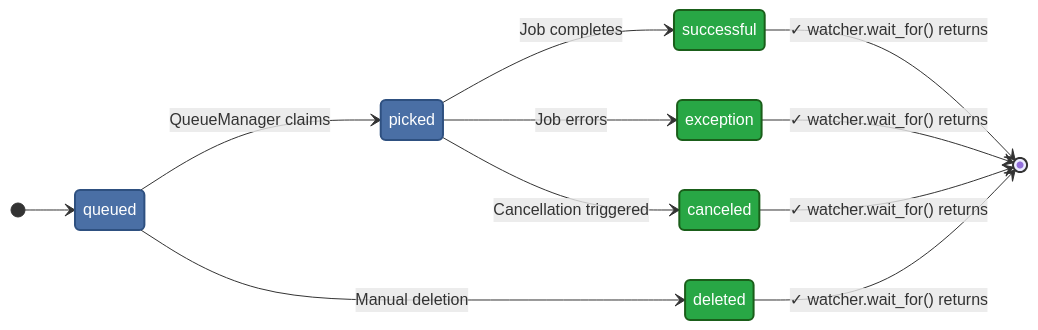
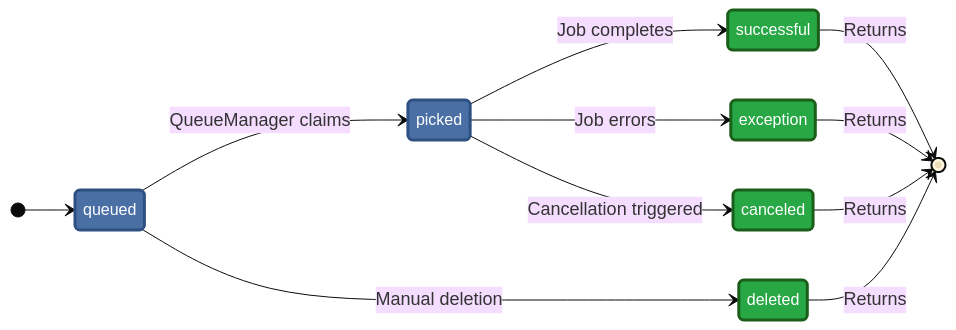
The diagram in docs/guides/completion-tracking.md (janbjorge/pgqueuer), drawn with Mermaid before and after one commit. The commit also changed 2 other files, not shown here.

Commit message:
docs: improve diagram readability with larger fonts and simplified layouts
- Increased font sizes (16-20px) in all Mermaid diagrams
- Simplified QueueManager loop for clarity (removed redundant labels)
- Simplified scheduler flow diagram (cleaner node arrangement)
- Enhanced state diagram styling with thicker strokes
- Added Mermaid init blocks to control typography and spacing

````diff
--- a/docs/guides/completion-tracking.md
+++ b/docs/guides/completion-tracking.md
@@ -27,24 +27,25 @@
 ```mermaid
+%%{init: {'flowchart': {'htmlLabels': true}, 'theme': 'base', 'themeVariables': {'fontSize': '18px', 'fontFamily': 'Inter, sans-serif'}}}%%
 stateDiagram-v2
     direction LR
 
     [*] --> queued
 
     queued --> picked: QueueManager claims
     picked --> successful: Job completes
     picked --> exception: Job errors
     picked --> canceled: Cancellation triggered
     queued --> deleted: Manual deletion
 
-    successful --> [*]: ✓ watcher.wait_for() returns
-    exception --> [*]: ✓ watcher.wait_for() returns
-    canceled --> [*]: ✓ watcher.wait_for() returns
-    deleted --> [*]: ✓ watcher.wait_for() returns
+    successful --> [*]: Returns
+    exception --> [*]: Returns
+    canceled --> [*]: Returns
+    deleted --> [*]: Returns
 
-    classDef pending fill:#4A6FA5,stroke:#2E5080,color:#fff,stroke-width:2px
-    classDef processing fill:#6B8FC7,stroke:#4A6FA5,color:#fff,stroke-width:2px
-    classDef terminal fill:#28a745,stroke:#1a5e1a,color:#fff,stroke-width:2px
+    classDef pending fill:#4A6FA5,stroke:#2E5080,color:#fff,stroke-width:3px,font-size:16px
+    classDef processing fill:#6B8FC7,stroke:#4A6FA5,color:#fff,stroke-width:3px,font-size:16px
+    classDef terminal fill:#28a745,stroke:#1a5e1a,color:#fff,stroke-width:3px,font-size:16px
 
     class queued,picked pending
     class successful,exception,canceled,deleted terminal
 ```
````
